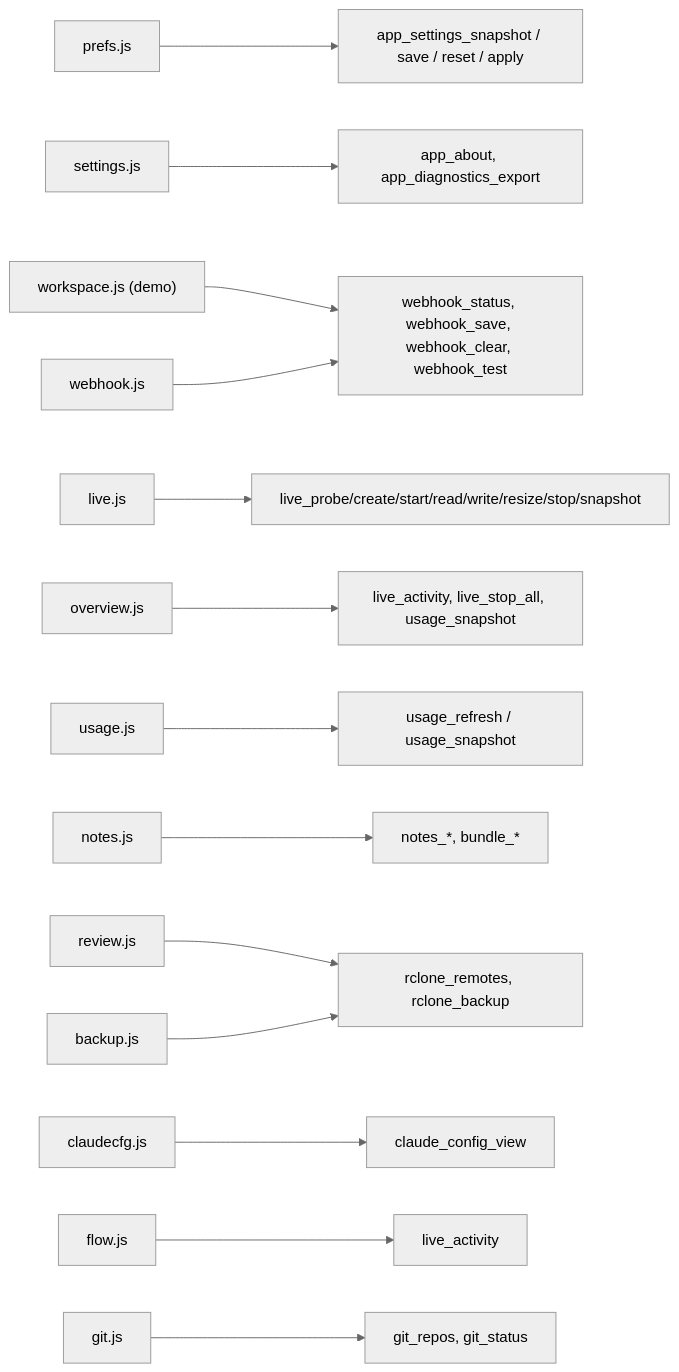
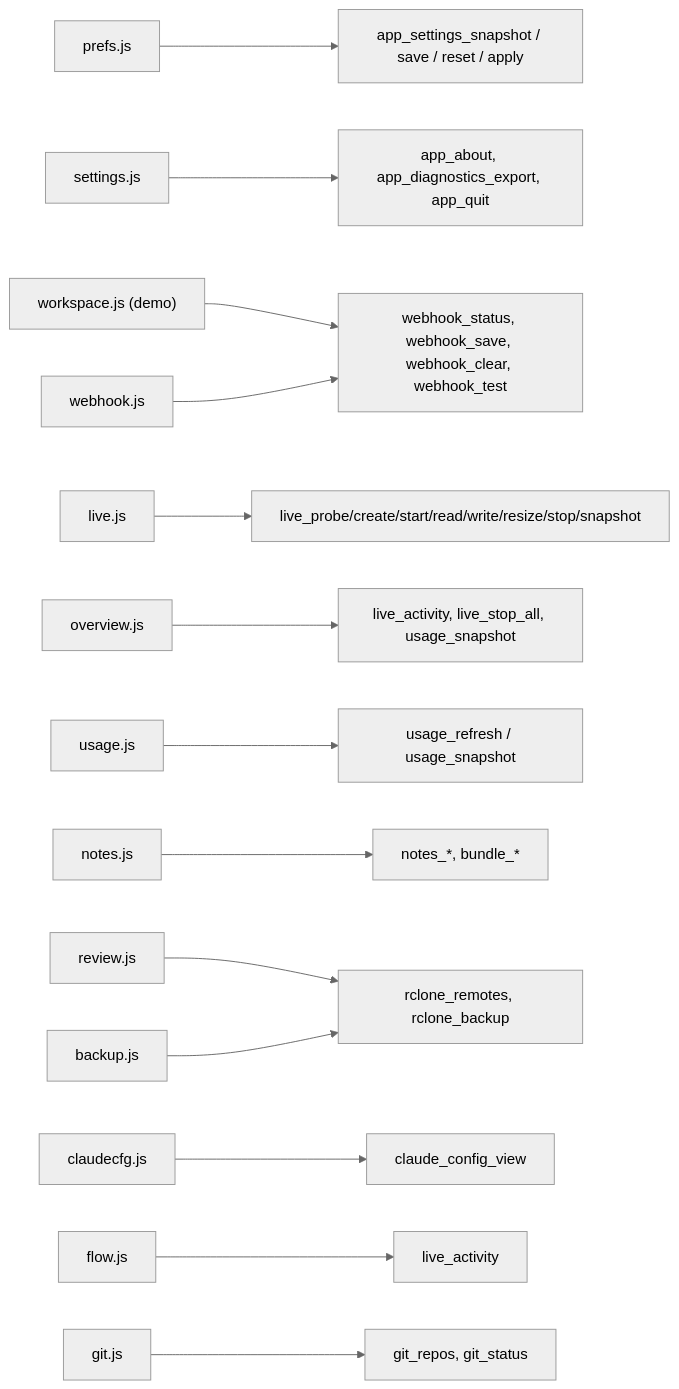
One commit to undecuple/agentVIEW changed the diagram in docs/code-map/COMMANDS.md. Above: the diagram before and after it, drawn with Mermaid (neutral theme). The commit also changed other lines of this file and 24 other files, not shown here.

Commit message:
Run sessions in the background: a close-window preference (stop and quit by default, or hide and keep running sessions), a private control socket so a second launch or --quit brings the window back or quits, idle exit of a hidden app, and a Quit button

````diff
--- a/docs/code-map/COMMANDS.md
+++ b/docs/code-map/COMMANDS.md
@@ -101,16 +102,16 @@
 ```mermaid
 flowchart LR
   prefs["prefs.js"] --> S1["app_settings_snapshot / save / reset / apply"]
-  settings["settings.js"] --> S2["app_about, app_diagnostics_export"]
+  settings["settings.js"] --> S2["app_about, app_diagnostics_export, app_quit"]
   workspacejs["workspace.js (demo)"] --> W["workspace_*"]
   live["live.js"] --> L["live_probe/create/start/read/write/resize/stop/snapshot"]
   overview["overview.js"] --> O["live_activity, live_stop_all, usage_snapshot"]
   usage["usage.js"] --> U["usage_refresh / usage_snapshot"]
   notes["notes.js"] --> N["notes_*, bundle_*"]
   review["review.js"] --> R["review_*"]
   cc["claudecfg.js"] --> C["claude_config_view"]
   fl["flow.js"] --> A2["live_activity"]
   wh["webhook.js"] --> W["webhook_status, webhook_save, webhook_clear, webhook_test"]
   bk["backup.js"] --> R["rclone_remotes, rclone_backup"]
   gt["git.js"] --> G["git_repos, git_status"]
 ```
````
